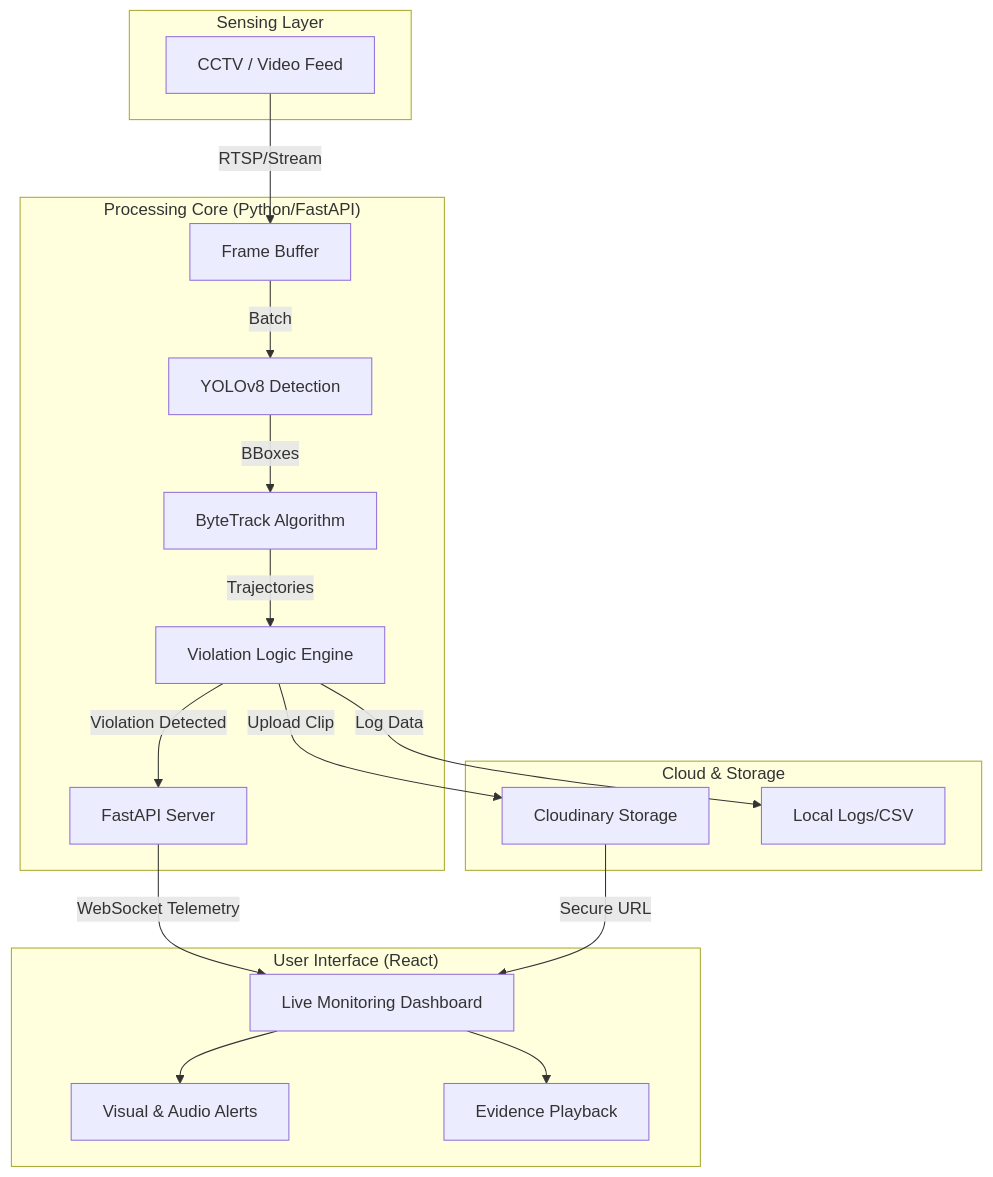
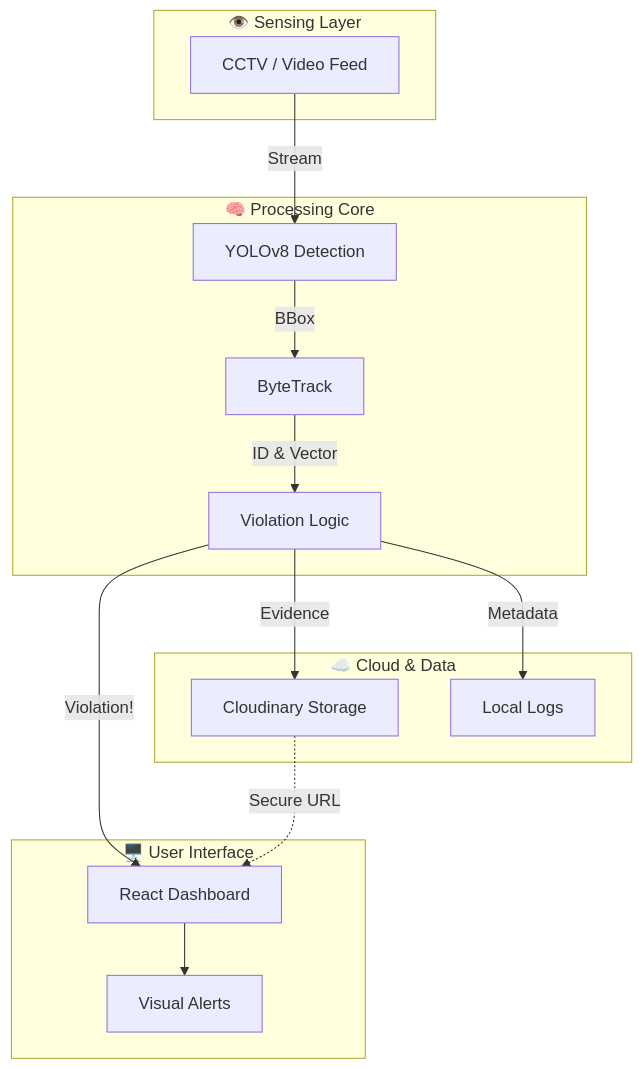
Before and after one commit to NituPawar/Project-Phase-I2025-26: the first of 2 diagrams in Wrong_Way_Vehicle_Detection_Project/README.md, drawn with Mermaid. The commit also changed other lines of this file, not shown here.

````diff
--- a/Wrong_Way_Vehicle_Detection_Project/README.md
+++ b/Wrong_Way_Vehicle_Detection_Project/README.md
@@ -41,40 +46,33 @@
 ```mermaid
 graph TD
-    subgraph "Sensing Layer"
-        Camera[CCTV / Video Feed]
+    subgraph Sensing ["👁️ Sensing Layer"]
+        Cam[CCTV / Video Feed]
     end
 
-    subgraph "Processing Core (Python/FastAPI)"
-        Frame_Buffer[Frame Buffer]
+    subgraph Processing ["🧠 Processing Core"]
         YOLO[YOLOv8 Detection]
-        Tracker[ByteTrack Algorithm]
-        Logic[Violation Logic Engine]
-        API[FastAPI Server]
+        Tracker[ByteTrack]
+        Logic[Violation Logic]
     end
 
-    subgraph "Cloud & Storage"
-        Cloud[Cloudinary Storage]
-        DB[Local Logs/CSV]
+    subgraph Cloud ["☁️ Cloud & Data"]
+        Cloudinary[Cloudinary Storage]
+        DB[Local Logs]
     end
 
-    subgraph "User Interface (React)"
-        Dashboard[Live Monitoring Dashboard]
-        Alerts[Visual & Audio Alerts]
-        Playback[Evidence Playback]
+    subgraph Interface ["🖥️ User Interface"]
+        Dashboard[React Dashboard]
+        Alerts[Visual Alerts]
     end
 
-    Camera -->|RTSP/Stream| Frame_Buffer
-    Frame_Buffer -->|Batch| YOLO
-    YOLO -->|BBoxes| Tracker
-    Tracker -->|Trajectories| Logic
+    Cam -->|Stream| YOLO
+    YOLO -->|BBox| Tracker
+    Tracker -->|ID & Vector| Logic
     
-    Logic -- "Violation Detected" --> API
-    Logic -- "Upload Clip" --> Cloud
-    Logic -- "Log Data" --> DB
+    Logic -->|Violation!| Dashboard
+    Logic -->|Evidence| Cloudinary
+    Logic -->|Metadata| DB
     
-    API -- "WebSocket Telemetry" --> Dashboard
-    Cloud -- "Secure URL" --> Dashboard
-    
+    Cloudinary -.->|Secure URL| Dashboard
     Dashboard --> Alerts
-    Dashboard --> Playback
 ```
````
